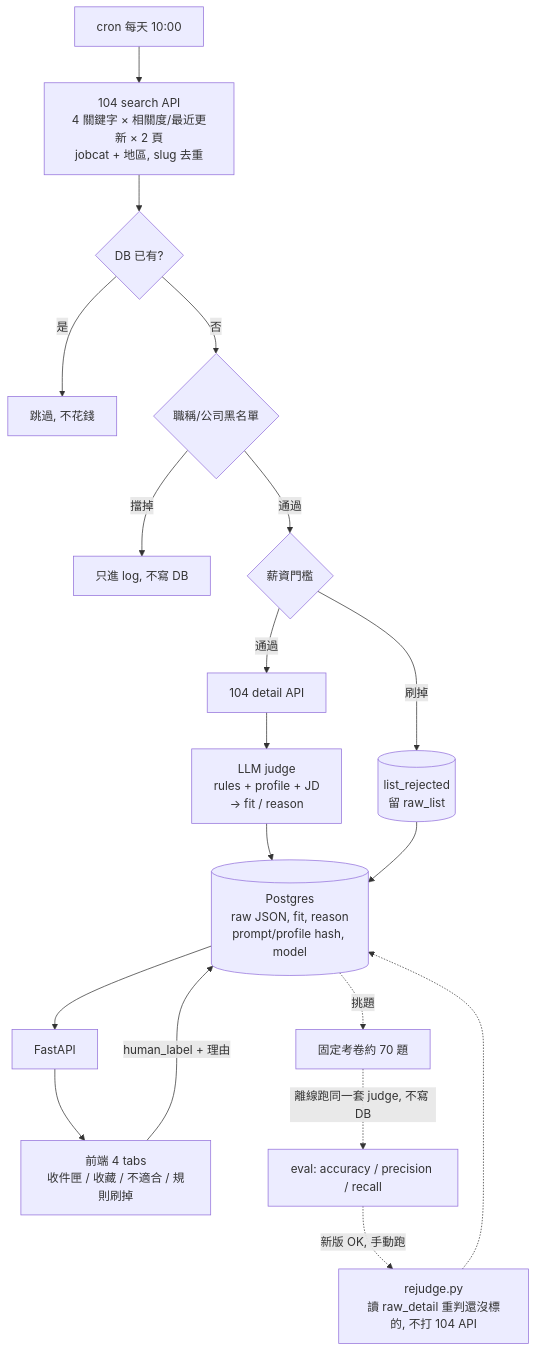
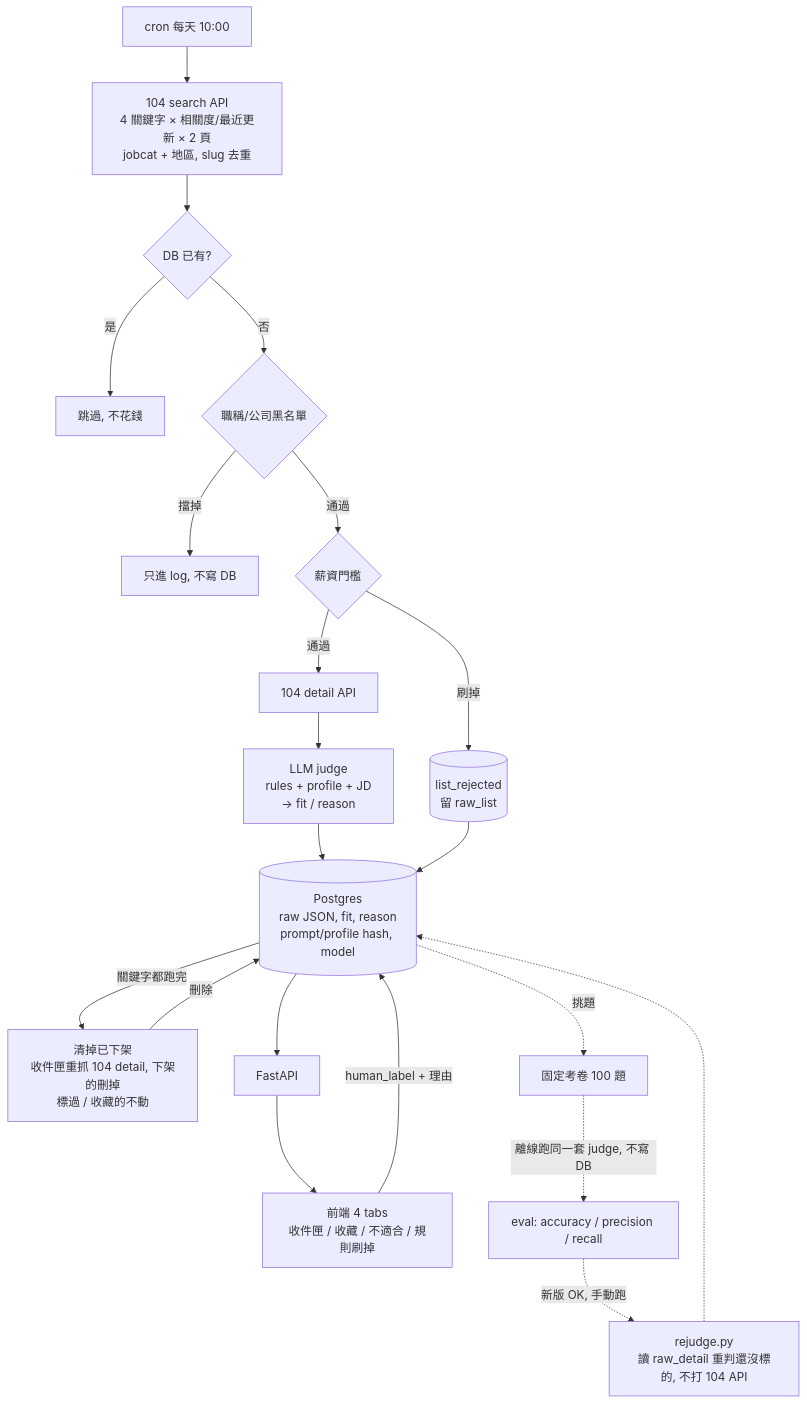
One commit to zhijiehuang111/find-jobs changed the first of 2 diagrams in README.md. Above: the diagram before and after it, drawn with Mermaid. The commit also changed other lines of this file and 1 other file, not shown here.

````diff
--- a/README.md
+++ b/README.md
@@ -11,19 +9,21 @@
 ```mermaid
 flowchart TB
   cron[cron 每天 10:00] --> list["104 search API<br/>4 關鍵字 × 相關度/最近更新 × 2 頁<br/>jobcat + 地區, slug 去重"]
   list --> seen{DB 已有?}
   seen -->|是| skip1[跳過, 不花錢]
   seen -->|否| block{職稱/公司黑名單}
   block -->|擋掉| skip2[只進 log, 不寫 DB]
   block -->|通過| sal{薪資門檻}
   sal -->|刷掉| rej[("list_rejected<br/>留 raw_list")]
   sal -->|通過| detail[104 detail API]
   detail --> llm["LLM judge<br/>rules + profile + JD<br/>→ fit / reason"]
   llm --> db[("Postgres<br/>raw JSON, fit, reason<br/>prompt/profile hash, model")]
   rej --> db
+  db -->|關鍵字都跑完| prune["清掉已下架<br/>收件匣重抓 104 detail, 下架的刪掉<br/>標過 / 收藏的不動"]
+  prune -->|刪除| db
   db --> api[FastAPI] --> ui["前端 4 tabs<br/>收件匣 / 收藏 / 不適合 / 規則刷掉"]
   ui -->|human_label + 理由| db
-  db -. 挑題 .-> exam[固定考卷約 70 題]
+  db -. 挑題 .-> exam[固定考卷 100 題]
   exam -. 離線跑同一套 judge, 不寫 DB .-> eval["eval: accuracy / precision / recall"]
   eval -. 新版 OK, 手動跑 .-> rejudge["rejudge.py<br/>讀 raw_detail 重判還沒標的, 不打 104 API"] -.-> db
 ```
````
